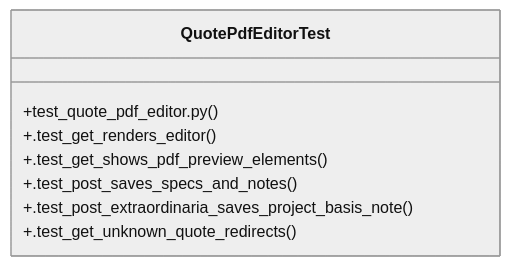
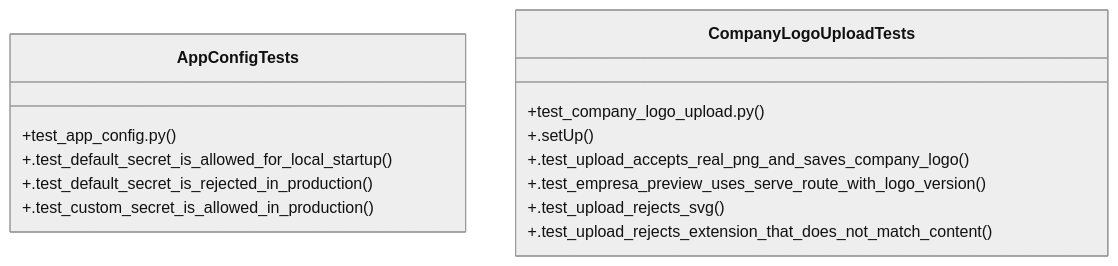
One commit to Daftrick/ProjectTracker changed the diagram in graphify-out/wiki/Community_27.md. Above: the diagram before and after it, drawn with Mermaid (neutral theme). The commit also changed other lines of this file and 413 other files, not shown here.

````diff
--- a/graphify-out/wiki/Community_27.md
+++ b/graphify-out/wiki/Community_27.md
@@ -19,11 +24,17 @@
 ```mermaid
 classDiagram
-    class QuotePdfEditorTest {
-        +test_quote_pdf_editor.py()
-        +.test_get_renders_editor()
-        +.test_get_shows_pdf_preview_elements()
-        +.test_post_saves_specs_and_notes()
-        +.test_post_extraordinaria_saves_project_basis_note()
-        +.test_get_unknown_quote_redirects()
+    class AppConfigTests {
+        +test_app_config.py()
+        +.test_default_secret_is_allowed_for_local_startup()
+        +.test_default_secret_is_rejected_in_production()
+        +.test_custom_secret_is_allowed_in_production()
+    }
+    class CompanyLogoUploadTests {
+        +test_company_logo_upload.py()
+        +.setUp()
+        +.test_upload_accepts_real_png_and_saves_company_logo()
+        +.test_empresa_preview_uses_serve_route_with_logo_version()
+        +.test_upload_rejects_svg()
+        +.test_upload_rejects_extension_that_does_not_match_content()
     }
 ```
````
